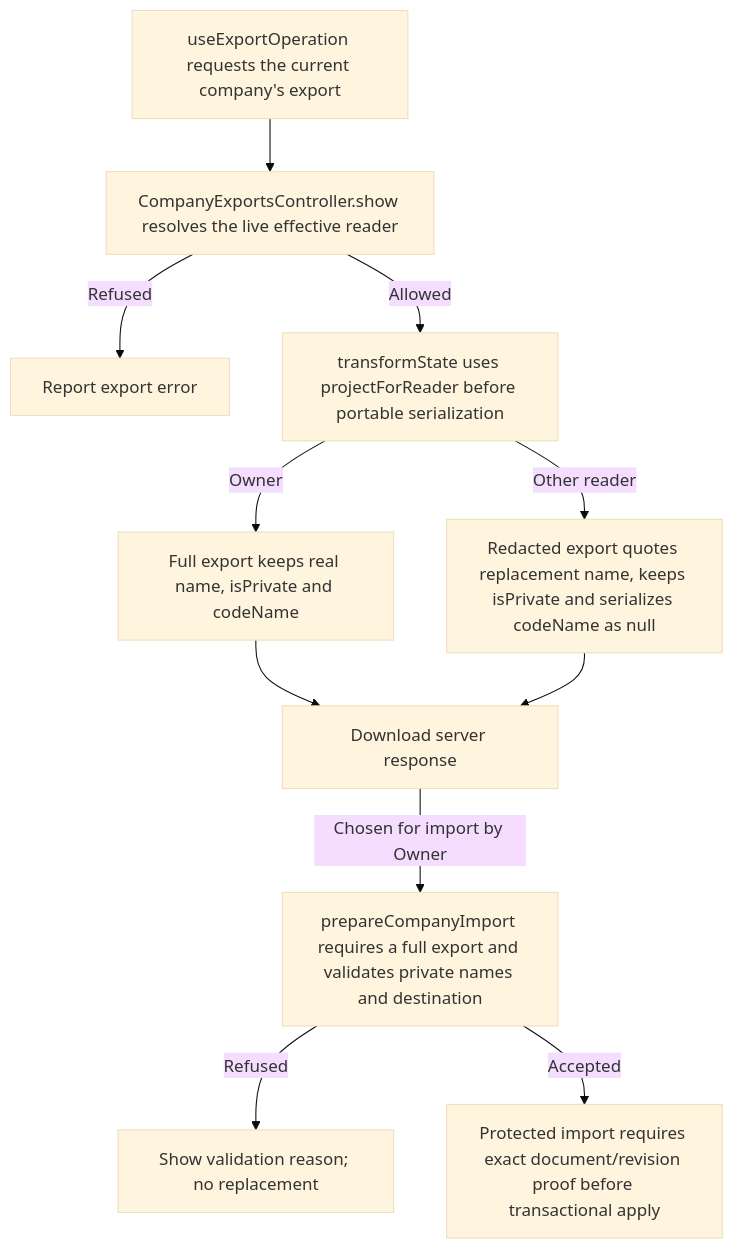
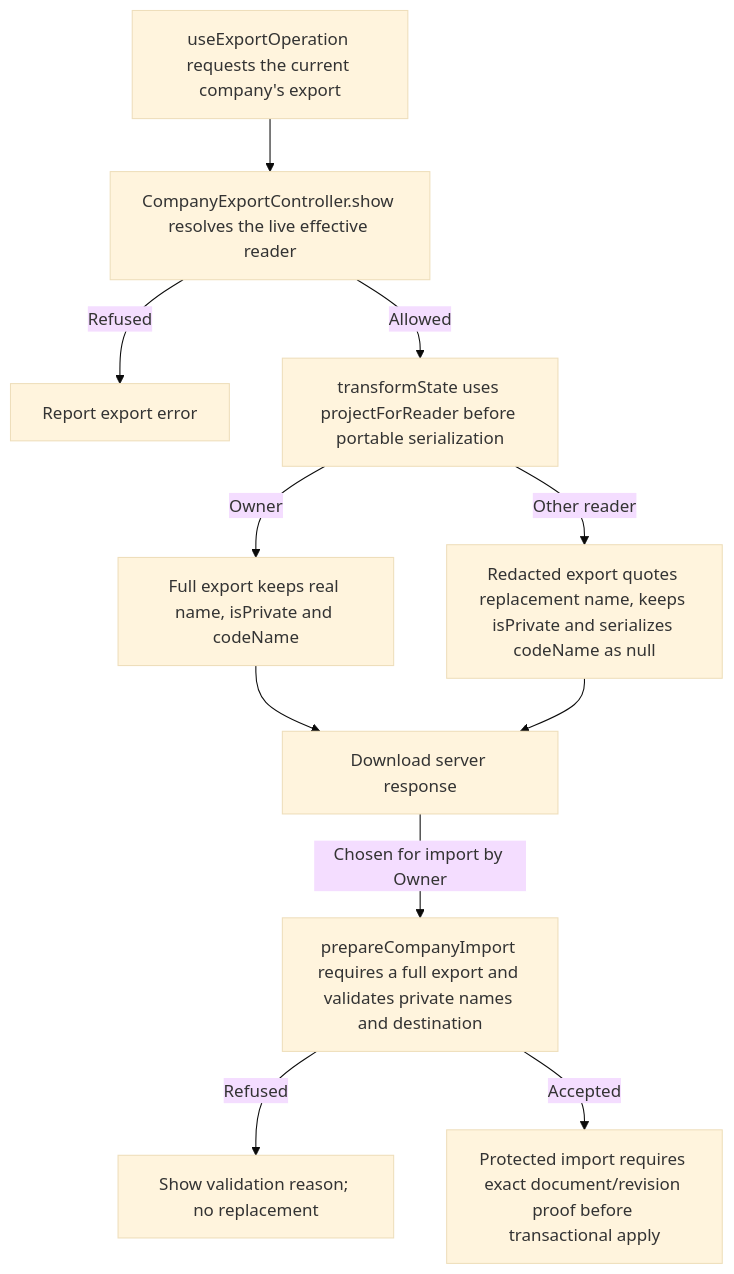
Before and after one commit to Kevinjohn/capacitylens: the second of 2 diagrams in user-stories/data/US-DAT-07-private-name-portability.md, drawn with Mermaid (base theme). The commit also changed other lines of this file and 50 other files, not shown here.

````diff
--- a/user-stories/data/US-DAT-07-private-name-portability.md
+++ b/user-stories/data/US-DAT-07-private-name-portability.md
@@ -29,13 +29,13 @@
 ```mermaid
 flowchart TD
-  fetch["useExportOperation requests the current company's export"] --> access["CompanyExportsController.show resolves the live effective reader"]
+  fetch["useExportOperation requests the current company's export"] --> access["CompanyExportController.show resolves the live effective reader"]
   access -->|Refused| error["Report export error"]
   access -->|Allowed| project["transformState uses projectForReader before portable serialization"]
   project -->|Owner| full["Full export keeps real name, isPrivate and codeName"]
   project -->|Other reader| redact["Redacted export quotes replacement name, keeps isPrivate and serializes codeName as null"]
   full --> file["Download server response"]
   redact --> file
   file -->|Chosen for import by Owner| preview["prepareCompanyImport requires a full export and validates private names and destination"]
   preview -->|Refused| invalid["Show validation reason; no replacement"]
   preview -->|Accepted| boundary["Protected import requires exact document/revision proof before transactional apply"]
 ```
````
